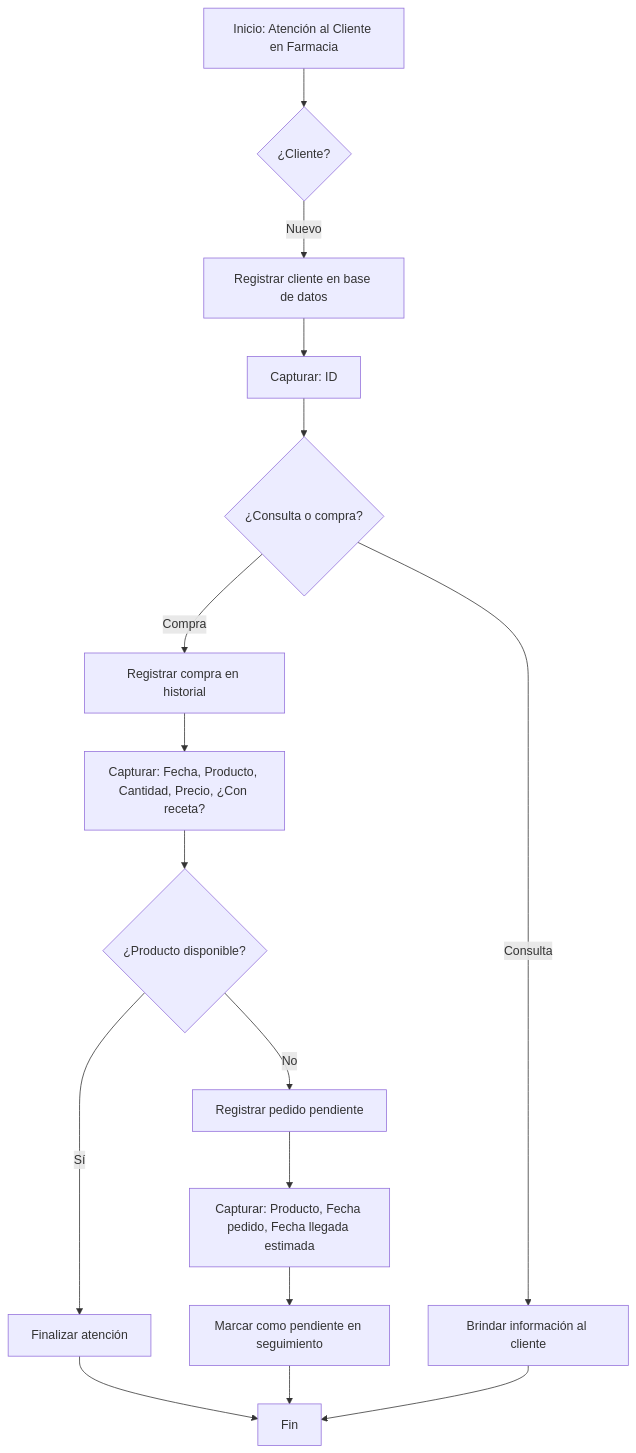
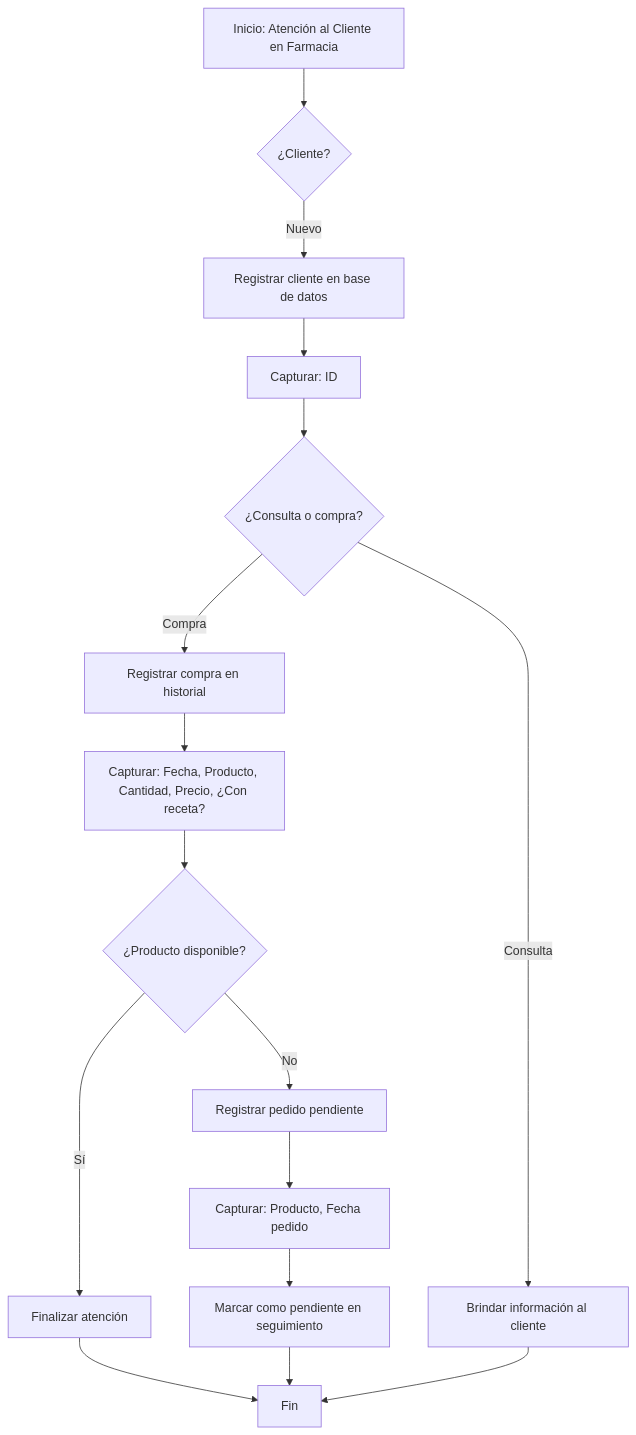
Before and after one commit to bererivcp/proceso_farmacia.md: the diagram in proceso_farmacia.md, drawn with Mermaid.

````diff
--- a/proceso_farmacia.md
+++ b/proceso_farmacia.md
@@ -3,26 +3,26 @@
 ```mermaid
 flowchart TD
     A[Inicio: Atención al Cliente en Farmacia] --> B{¿Cliente?}
 
     B -- Nuevo --> C[Registrar cliente en base de datos]
     C --> D[Capturar: ID]
     D --> F{¿Consulta o compra?}
 
     F -- Consulta --> G[Brindar información al cliente]
 
     F -- Compra --> H[Registrar compra en historial]
     H --> I[Capturar: Fecha, Producto, Cantidad, Precio, ¿Con receta?]
 
     I --> J{¿Producto disponible?}
 
     J -- Sí --> K[Finalizar atención]
 
     J -- No --> L[Registrar pedido pendiente]
-    L --> M[Capturar: Producto, Fecha pedido, Fecha llegada estimada]
+    L --> M[Capturar: Producto, Fecha pedido]
     M --> N[Marcar como pendiente en seguimiento]
 
     K --> O[Fin]
     N --> O
     G --> O
 
 ```
````
